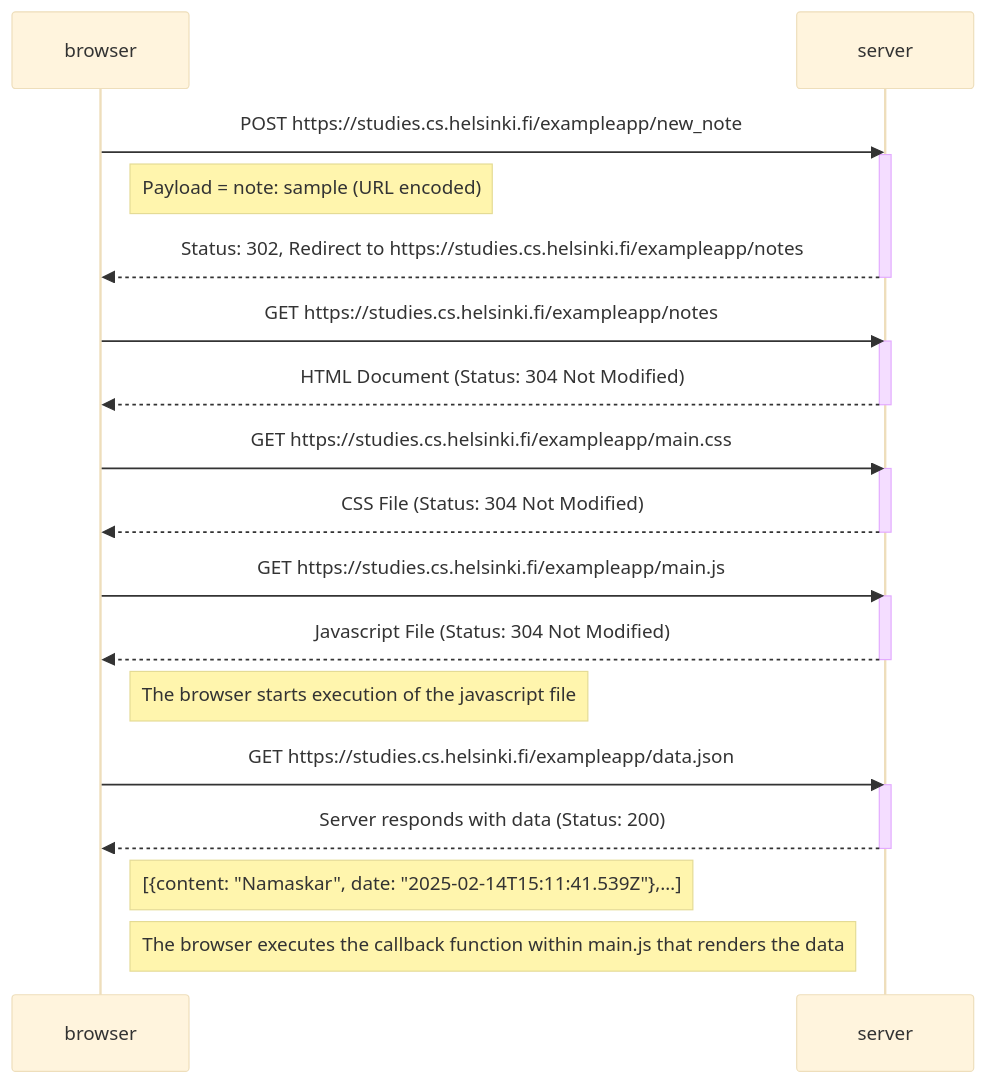
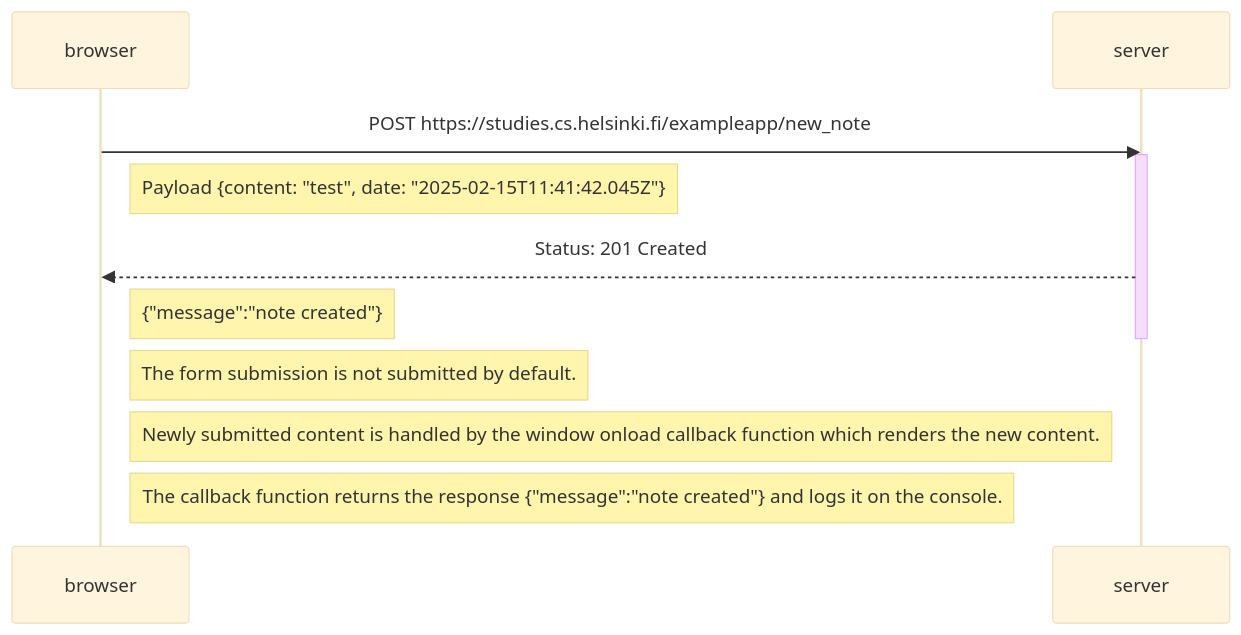
One commit to brandmoredev/Full-Stack-Open changed the diagram in part0/newNoteDiagram_SPA.md. Above: the diagram before and after it, drawn with Mermaid (base theme).

Commit message:
Updates newNoteDiagram_SPA

````diff
--- a/part0/newNoteDiagram_SPA.md
+++ b/part0/newNoteDiagram_SPA.md
@@ -2,35 +2,17 @@
 ```mermaid
 sequenceDiagram
 
 participant browser
 participant server
 
 browser->>server: POST https://studies.cs.helsinki.fi/exampleapp/new_note
 activate server
-Note right of browser: Payload = note: sample (URL encoded)
-server-->>browser: Status: 302, Redirect to https://studies.cs.helsinki.fi/exampleapp/notes
+Note right of browser: Payload {content: "test", date: "2025-02-15T11:41:42.045Z"}
+server-->>browser: Status: 201 Created
+Note right of browser: {"message":"note created"}
 deactivate server
 
-browser->>server: GET https://studies.cs.helsinki.fi/exampleapp/notes
-activate server
-server-->>browser: HTML Document (Status: 304 Not Modified)
-deactivate server
-
-browser->>server: GET https://studies.cs.helsinki.fi/exampleapp/main.css
-activate server
-server-->>browser: CSS File (Status: 304 Not Modified)
-deactivate server
-
-browser->>server: GET https://studies.cs.helsinki.fi/exampleapp/main.js
-activate server
-server-->>browser: Javascript File (Status: 304 Not Modified)
-deactivate server
-Note right of browser: The browser starts execution of the javascript file
-
-browser->>server: GET https://studies.cs.helsinki.fi/exampleapp/data.json
-activate server
-server-->>browser: Server responds with data (Status: 200)
-deactivate server
-Note right of browser: [{content: "Namaskar", date: "2025-02-14T15:11:41.539Z"},…]
-Note right of browser: The browser executes the callback function within main.js that renders the data
+Note right of browser: The form submission is not submitted by default.
+Note right of browser: Newly submitted content is handled by the window onload callback function which renders the new content.
+Note right of browser: The callback function returns the response {"message":"note created"} and logs it on the console.
 ```
````
